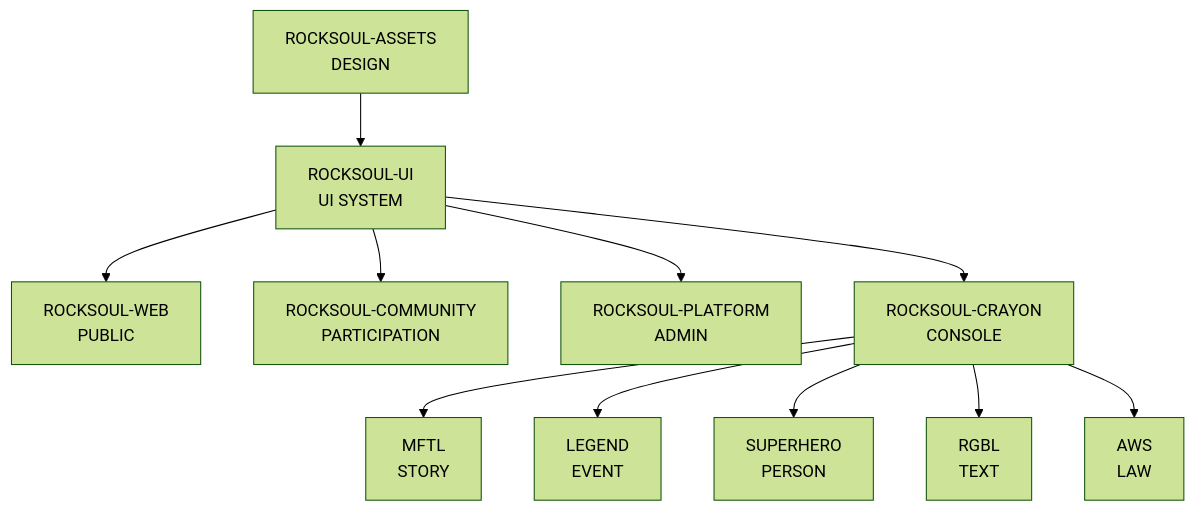
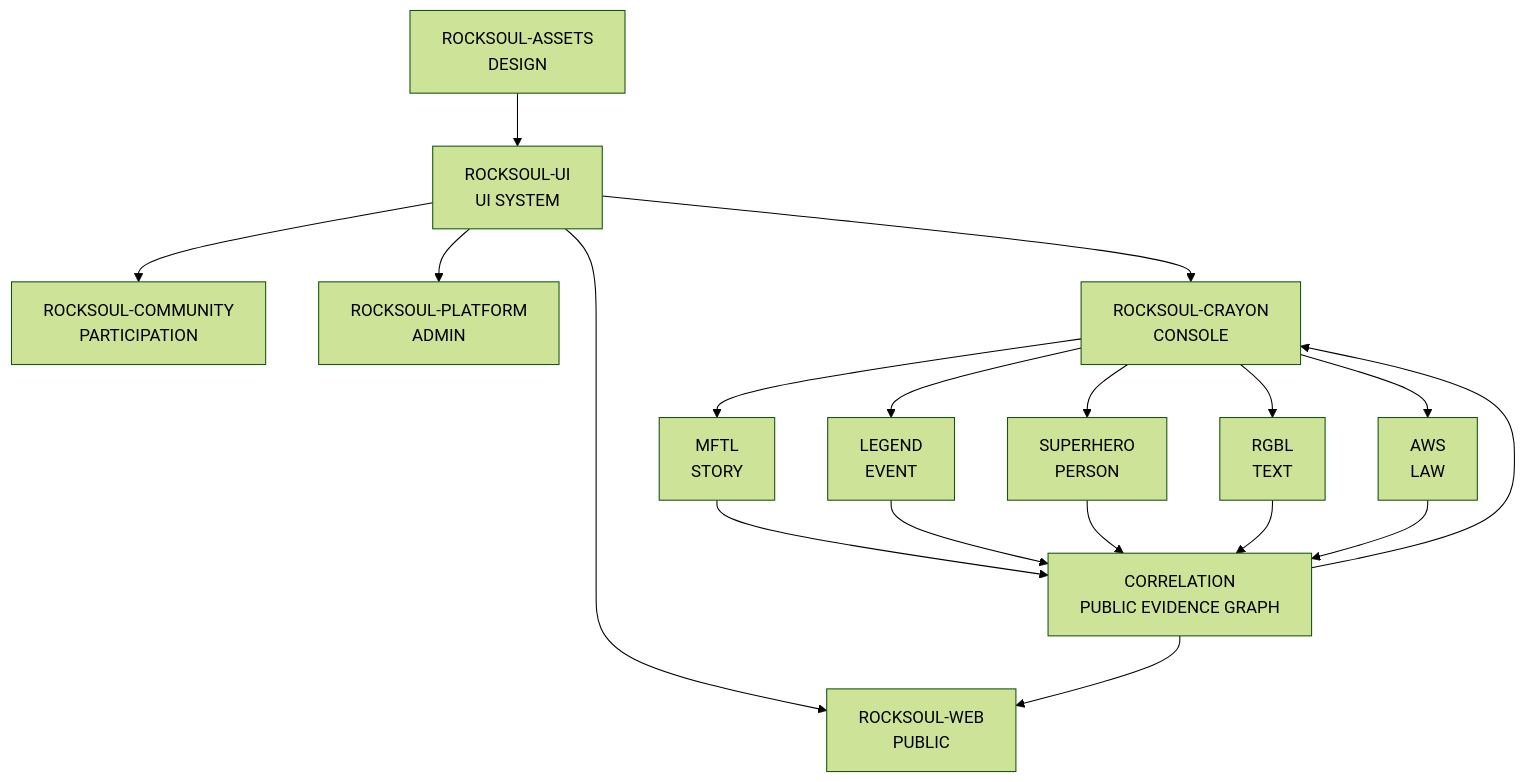
Before and after one commit to bjo163/rocksoul-assets: the first of 2 diagrams in README.md, drawn with Mermaid (forest theme). The commit also changed other lines of this file, not shown here.

Commit message:
docs: add Correlation to canonical ecosystem map

````diff
--- a/README.md
+++ b/README.md
@@ -31,13 +31,20 @@
 ```mermaid
 flowchart TD
     A["ROCKSOUL-ASSETS\nDESIGN"] --> U["ROCKSOUL-UI\nUI SYSTEM"]
     U --> W["ROCKSOUL-WEB\nPUBLIC"]
     U --> C["ROCKSOUL-COMMUNITY\nPARTICIPATION"]
     U --> P["ROCKSOUL-PLATFORM\nADMIN"]
     U --> R["ROCKSOUL-CRAYON\nCONSOLE"]
     R --> S["MFTL\nSTORY"]
     R --> E["LEGEND\nEVENT"]
     R --> H["SUPERHERO\nPERSON"]
     R --> T["RGBL\nTEXT"]
     R --> L["AWS\nLAW"]
+    S --> Q["CORRELATION\nPUBLIC EVIDENCE GRAPH"]
+    E --> Q
+    H --> Q
+    T --> Q
+    L --> Q
+    Q --> W
+    Q --> R
 ```
````
